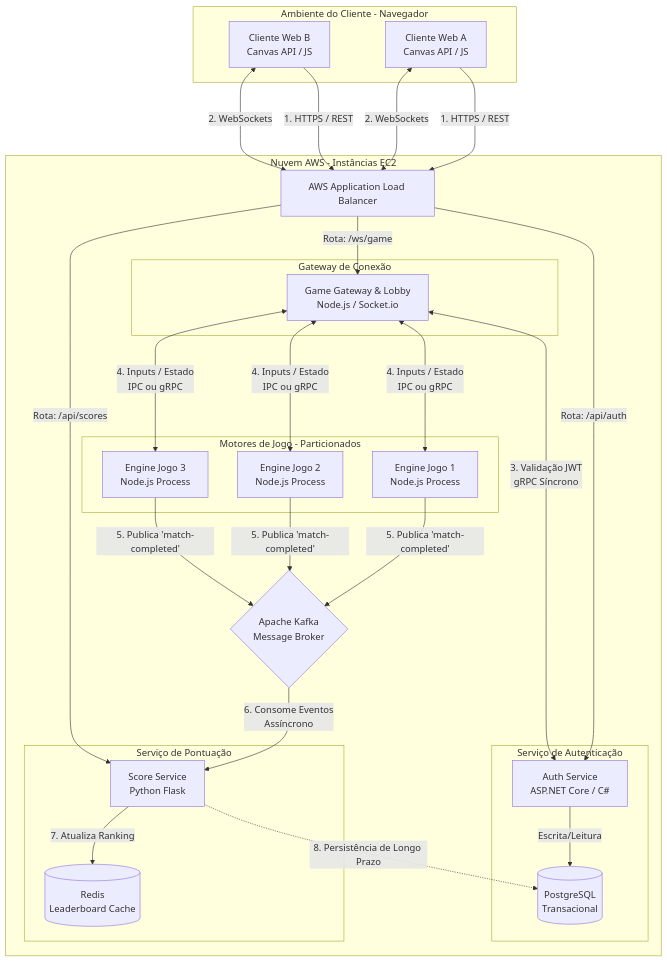
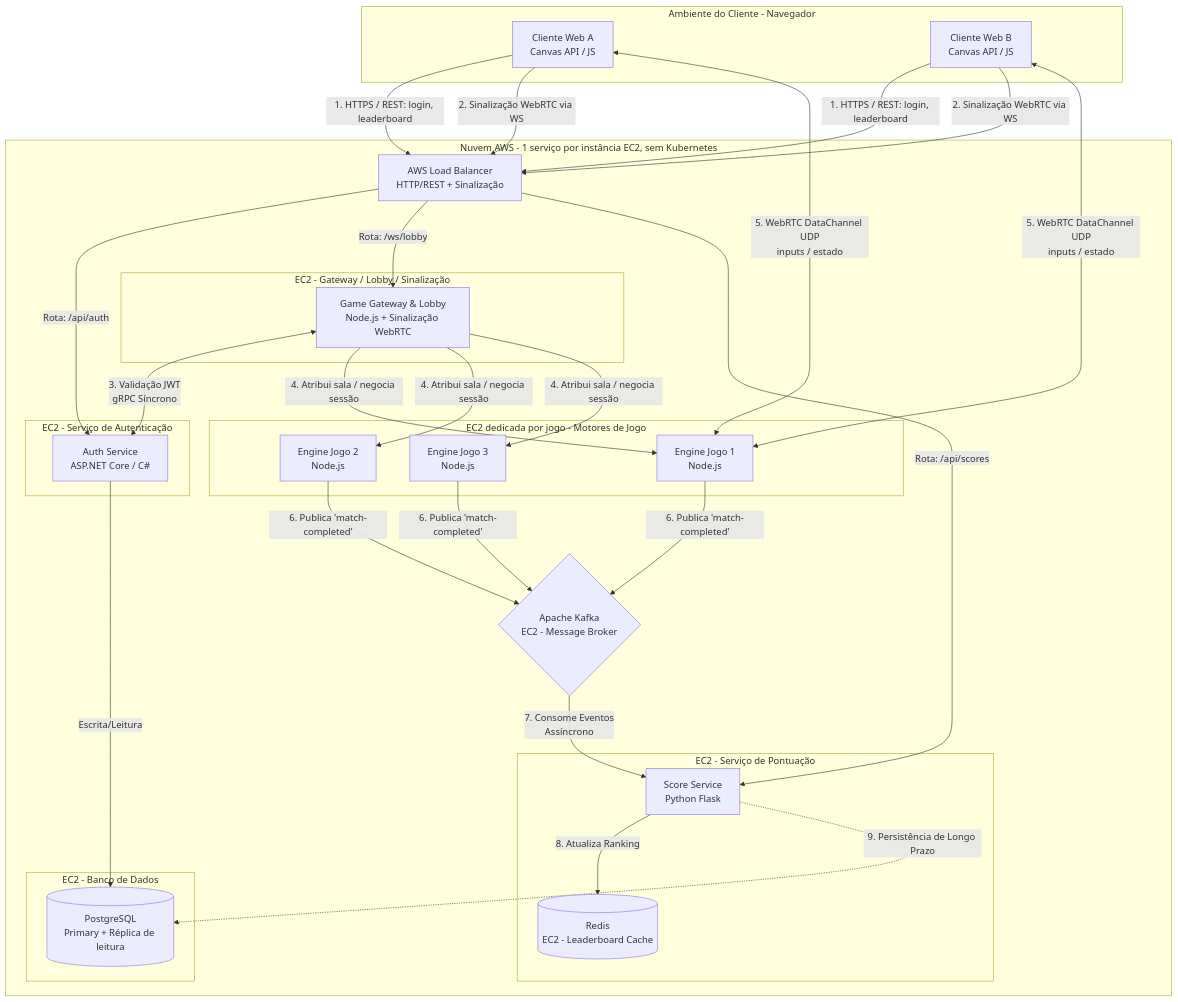
Before and after one commit to ThiagoNascente/Trabalho-Scd-Grupo-6: the diagram in Docs/Arquitetura/Arquitetura_code.md, drawn with Mermaid. The commit also changed 19 other files, not shown here.

````diff
--- a/Docs/Arquitetura/Arquitetura_code.md
+++ b/Docs/Arquitetura/Arquitetura_code.md
@@ -2,69 +2,77 @@
 ```mermaid
 flowchart TD
     %% Definição de Estilo dos Nós
     subgraph Clientes [Ambiente do Cliente - Navegador]
         N1[Cliente Web A<br/>Canvas API / JS]
         N2[Cliente Web B<br/>Canvas API / JS]
     end
 
-    subgraph Infra_AWS [Nuvem AWS - Instâncias EC2]
-        LB[AWS Application Load Balancer]
+    subgraph Infra_AWS [Nuvem AWS - 1 serviço por instância EC2, sem Kubernetes]
+        LB[AWS Load Balancer<br/>HTTP/REST + Sinalização]
 
         %% Microsserviço de Autenticação
-        subgraph MS_Auth [Serviço de Autenticação]
+        subgraph MS_Auth [EC2 - Serviço de Autenticação]
             Auth[Auth Service<br/>ASP.NET Core / C#]
-            DB_User[(PostgreSQL<br/>Transacional)]
         end
 
-        %% Microsserviço de Conexão
-        subgraph MS_Gateway [Gateway de Conexão]
-            Gateway[Game Gateway & Lobby<br/>Node.js / Socket.io]
+        %% Banco de dados
+        subgraph MS_DB [EC2 - Banco de Dados]
+            DB_User[(PostgreSQL<br/>Primary + Réplica de leitura)]
         end
 
-        %% Motores de Jogo Particionados
-        subgraph MS_Engine [Motores de Jogo - Particionados]
-            EngineA[Engine Jogo 1<br/>Node.js Process]
-            EngineB[Engine Jogo 2<br/>Node.js Process]
-            EngineC[Engine Jogo 3<br/>Node.js Process]
+        %% Microsserviço de Conexão / Sinalização
+        subgraph MS_Gateway [EC2 - Gateway / Lobby / Sinalização]
+            Gateway[Game Gateway & Lobby<br/>Node.js + Sinalização WebRTC]
+        end
+
+        %% Motores de Jogo Particionados - 1 EC2 por jogo
+        subgraph MS_Engine [EC2 dedicada por jogo - Motores de Jogo]
+            EngineA[Engine Jogo 1<br/>Node.js]
+            EngineB[Engine Jogo 2<br/>Node.js]
+            EngineC[Engine Jogo 3<br/>Node.js]
         end
 
         %% Broker de Eventos
-        Broker{Apache Kafka<br/>Message Broker}
+        Broker{Apache Kafka<br/>EC2 - Message Broker}
 
         %% Microsserviço de Score
-        subgraph MS_Score [Serviço de Pontuação]
+        subgraph MS_Score [EC2 - Serviço de Pontuação]
             Score[Score Service<br/>Python Flask]
-            Cache[(Redis<br/>Leaderboard Cache)]
+            Cache[(Redis<br/>EC2 - Leaderboard Cache)]
         end
     end
 
-    %% Fluxos de Comunicação Externa
-    N1 -->|1. HTTPS / REST| LB
-    N1 <--->|2. WebSockets| LB
-    N2 -->|1. HTTPS / REST| LB
-    N2 <--->|2. WebSockets| LB
+    %% REST e sinalização passam pelo Load Balancer
+    N1 -->|1. HTTPS / REST: login, leaderboard| LB
+    N2 -->|1. HTTPS / REST: login, leaderboard| LB
+    N1 -->|2. Sinalização WebRTC via WS| LB
+    N2 -->|2. Sinalização WebRTC via WS| LB
 
     %% Roteamento do Load Balancer
     LB -->|Rota: /api/auth| Auth
-    LB -->|Rota: /ws/game| Gateway
+    LB -->|Rota: /ws/lobby| Gateway
+    LB -->|Rota: /api/scores| Score
 
-    %% Fluxos Internos Síncronos (REST / gRPC)
+    %% Fluxos Internos Síncronos
     Auth -->|Escrita/Leitura| DB_User
     Gateway <-->|3. Validação JWT<br/>gRPC Síncrono| Auth
 
-    %% Roteamento Interno de Partidas
-    Gateway <--->|4. Inputs / Estado<br/>IPC ou gRPC| EngineA
-    Gateway <--->|4. Inputs / Estado<br/>IPC ou gRPC| EngineB
-    Gateway <--->|4. Inputs / Estado<br/>IPC ou gRPC| EngineC
+    %% Matchmaking: o Gateway atribui a sala a um Engine e negocia a sessão WebRTC
+    Gateway -->|4. Atribui sala / negocia sessão| EngineA
+    Gateway -->|4. Atribui sala / negocia sessão| EngineB
+    Gateway -->|4. Atribui sala / negocia sessão| EngineC
+
+    %% Fluxo de jogo em tempo real: WebRTC DataChannel DIRETO cliente <-> engine
+    N1 <-->|5. WebRTC DataChannel UDP<br/>inputs / estado| EngineA
+    N2 <-->|5. WebRTC DataChannel UDP<br/>inputs / estado| EngineA
 
     %% Fluxo Assíncrono Orientado a Eventos
-    EngineA -->|5. Publica 'match-completed'| Broker
-    EngineB -->|5. Publica 'match-completed'| Broker
-    EngineC -->|5. Publica 'match-completed'| Broker
+    EngineA -->|6. Publica 'match-completed'| Broker
+    EngineB -->|6. Publica 'match-completed'| Broker
+    EngineC -->|6. Publica 'match-completed'| Broker
 
     %% Processamento em Background
-    Broker -->|6. Consome Eventos<br/>Assíncrono| Score
-    Score -->|7. Atualiza Ranking| Cache
-    Score -.->|8. Persistência de Longo Prazo| DB_User
-    LB -->|Rota: /api/scores| Score
+    Broker -->|7. Consome Eventos<br/>Assíncrono| Score
+    Score -->|8. Atualiza Ranking| Cache
+    Score -.->|9. Persistência de Longo Prazo| DB_User
 ```
````
